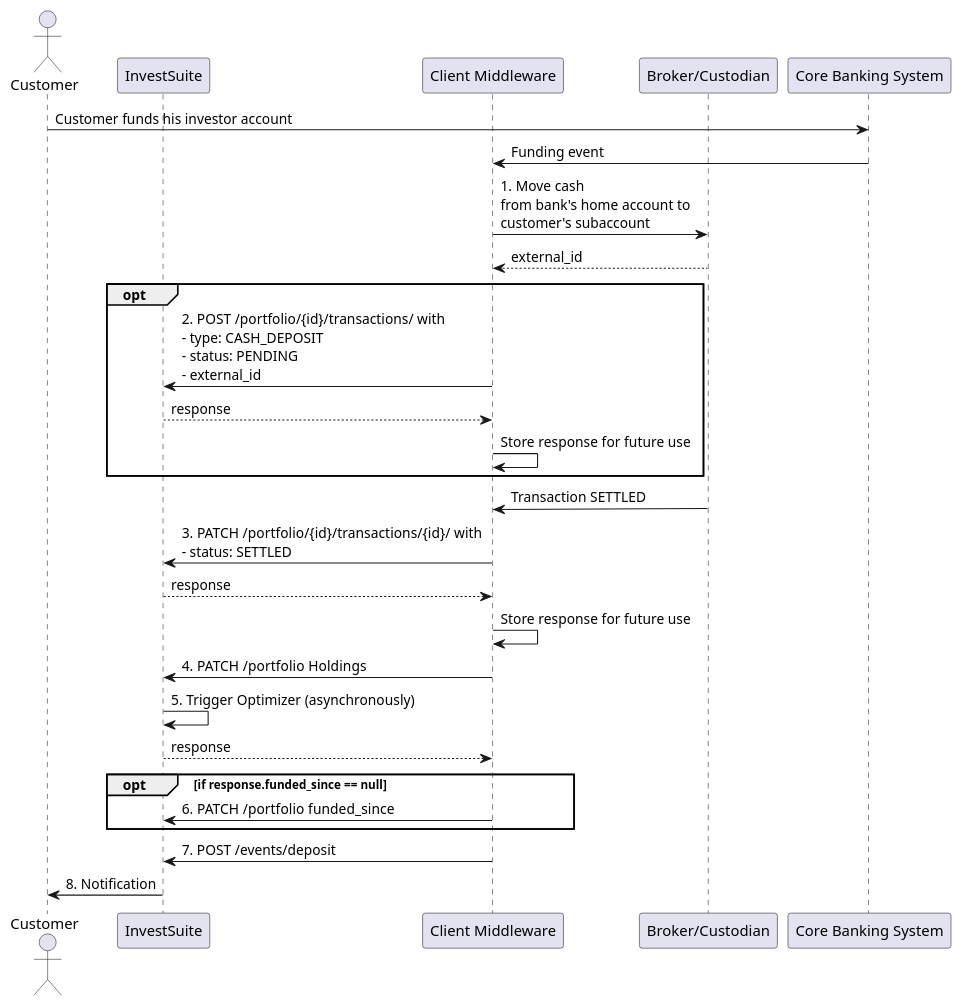
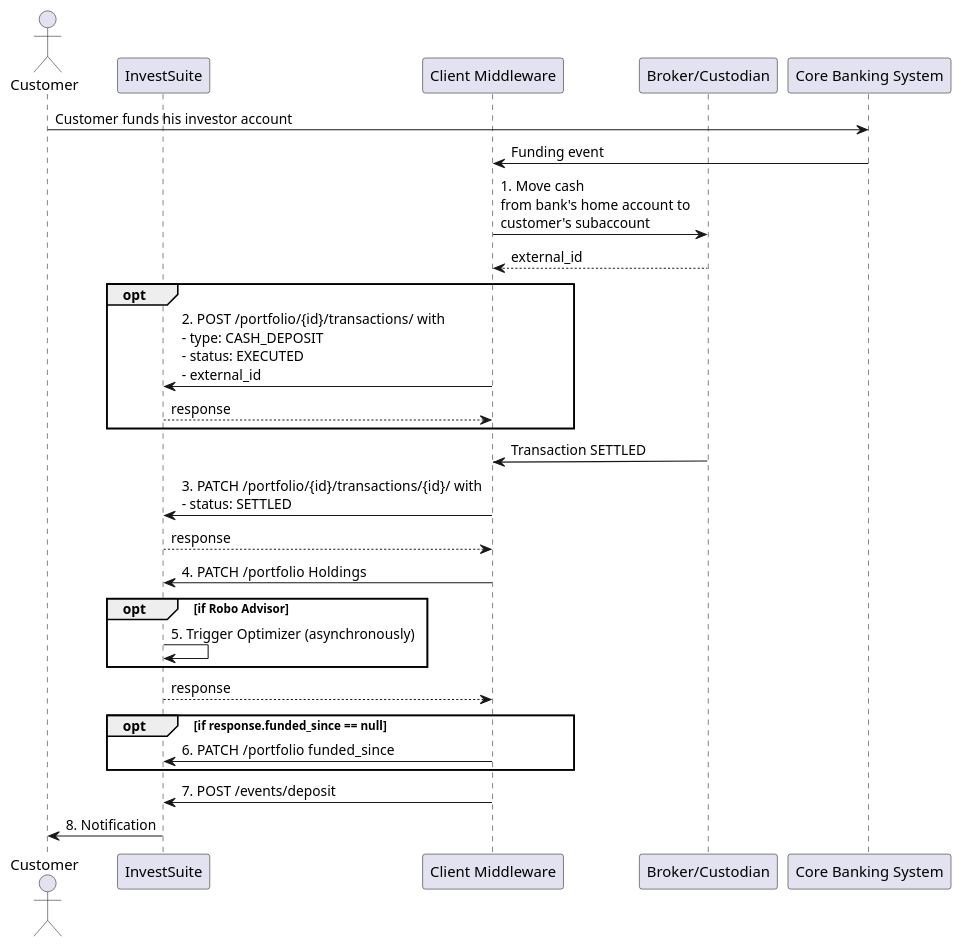
The first of 4 diagrams in docs/scenarios/cash_movements.md (arcilli/investsuite-api-docs), drawn with PlantUML before and after one commit. The commit also changed other lines of this file and 3 other files, not shown here.

````diff
--- a/docs/scenarios/cash_movements.md
+++ b/docs/scenarios/cash_movements.md
@@ -48,29 +48,29 @@
 ```plantuml
     actor "Customer" as _cus
     participant "InvestSuite" as _ivs
     participant "Client Middleware" as _cmw
     participant "Broker/Custodian" as _bc
     participant "Core Banking System" as _cbs
         
     _cus -> _cbs: Customer funds his investor account
     _cbs -> _cmw: Funding event
     _cmw -> _bc:1. Move cash\nfrom bank's home account to\ncustomer's subaccount
     _bc --> _cmw: external_id
     opt
-        _cmw -> _ivs:2. POST /portfolio/{id}/transactions/ with \n- type: CASH_DEPOSIT\n- status: PENDING\n- external_id
+        _cmw -> _ivs:2. POST /portfolio/{id}/transactions/ with \n- type: CASH_DEPOSIT\n- status: EXECUTED\n- external_id
         _ivs --> _cmw: response
-        _cmw -> _cmw: Store response for future use
     end
     _bc ->(1) _cmw: Transaction SETTLED
     _cmw -> _ivs:3. PATCH /portfolio/{id}/transactions/{id}/ with \n- status: SETTLED
     _ivs --> _cmw: response
-    _cmw -> _cmw: Store response for future use
     _cmw -> _ivs: 4. PATCH /portfolio Holdings
-    _ivs -> _ivs: 5. Trigger Optimizer (asynchronously)
+    opt if Robo Advisor
+        _ivs -> _ivs: 5. Trigger Optimizer (asynchronously)
+    end
     _ivs -->_cmw:response
     opt if response.funded_since == null
     _cmw -> _ivs: 6. PATCH /portfolio funded_since
     end
     _cmw -> _ivs: 7. POST /events/deposit
     _ivs -> _cus: 8. Notification
 ```
````
